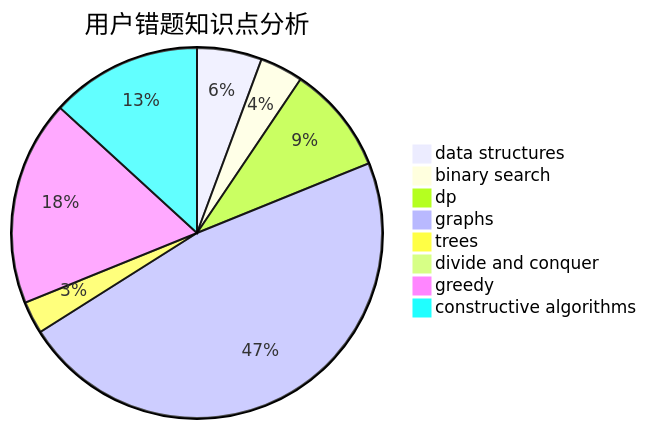
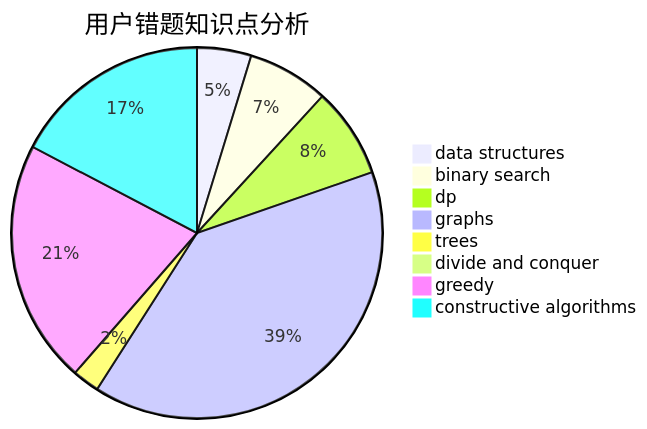
One commit to sherpahu/cfrs.github.io changed the third of 3 diagrams in docs/user/u951.md. Above: the diagram before and after it, drawn with Mermaid. The commit also changed other lines of this file and 2770 other files, not shown here.

````diff
--- a/docs/user/u951.md
+++ b/docs/user/u951.md
@@ -36,11 +36,11 @@
 ```mermaid
 pie title 用户错题知识点分析
     "data structures" :  6
-    "binary search" :  4
+    "binary search" :  9
     "dp" :  10
     "graphs" :  50
     "trees" :  3
     "divide and conquer" :  0
-    "greedy" :  19
-    "constructive algorithms" :  14
+    "greedy" :  27
+    "constructive algorithms" :  22
 ```
````
